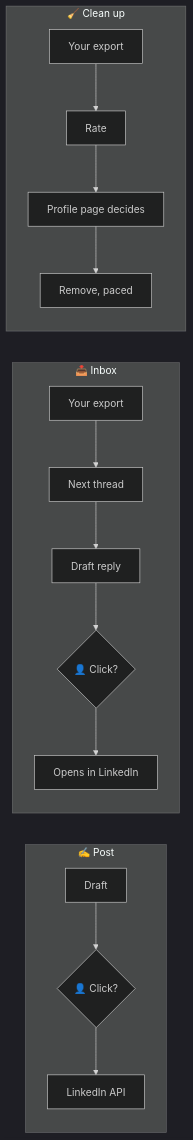
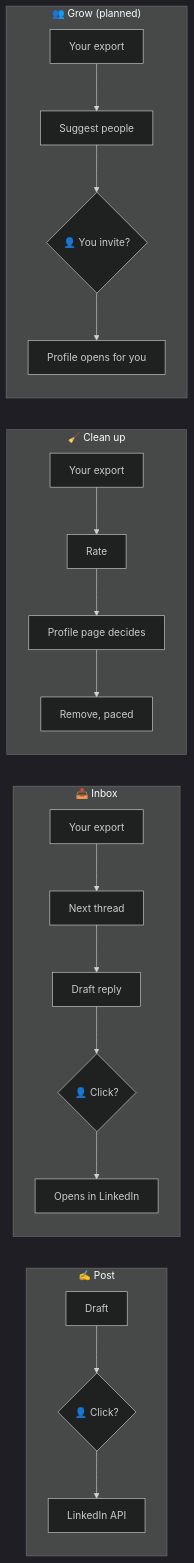
Before and after one commit to Colorado-Startups/linken: the first of 2 diagrams in SPEC.md, drawn with Mermaid (dark theme). The commit also changed other lines of this file, not shown here.

First line of the commit message:
SPEC.md: add Grow, a planned people-suggestions job

````diff
--- a/SPEC.md
+++ b/SPEC.md
@@ -17,12 +18,15 @@
 ```mermaid
 flowchart LR
   subgraph Post["✍️ Post"]
     P1[Draft] --> P2{👤 Click?} --> P3[LinkedIn API]
   end
   subgraph Inbox["📥 Inbox"]
     I1[Your export] --> I2[Next thread] --> I3[Draft reply] --> I4{👤 Click?} --> I5[Opens in LinkedIn]
   end
   subgraph Clean["🧹 Clean up"]
     C1[Your export] --> C2[Rate] --> C3[Profile page decides] --> C4[Remove, paced]
   end
+  subgraph Grow["👥 Grow (planned)"]
+    G1[Your export] --> G2[Suggest people] --> G3{👤 You invite?} --> G4[Profile opens for you]
+  end
 ```
````
